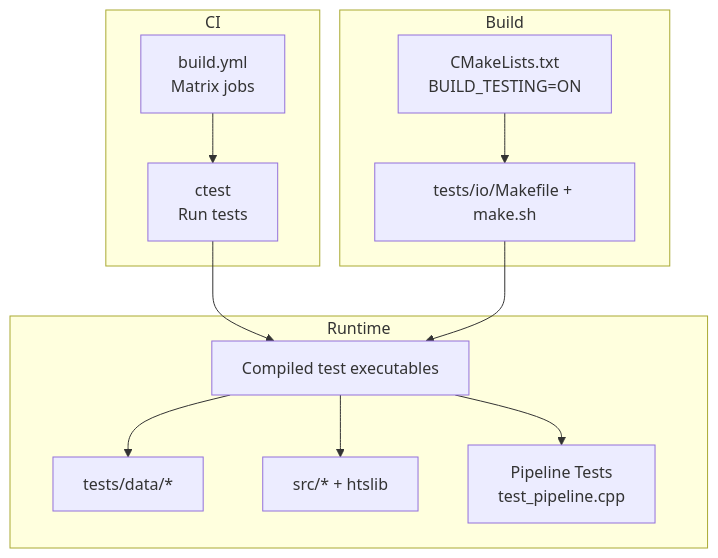
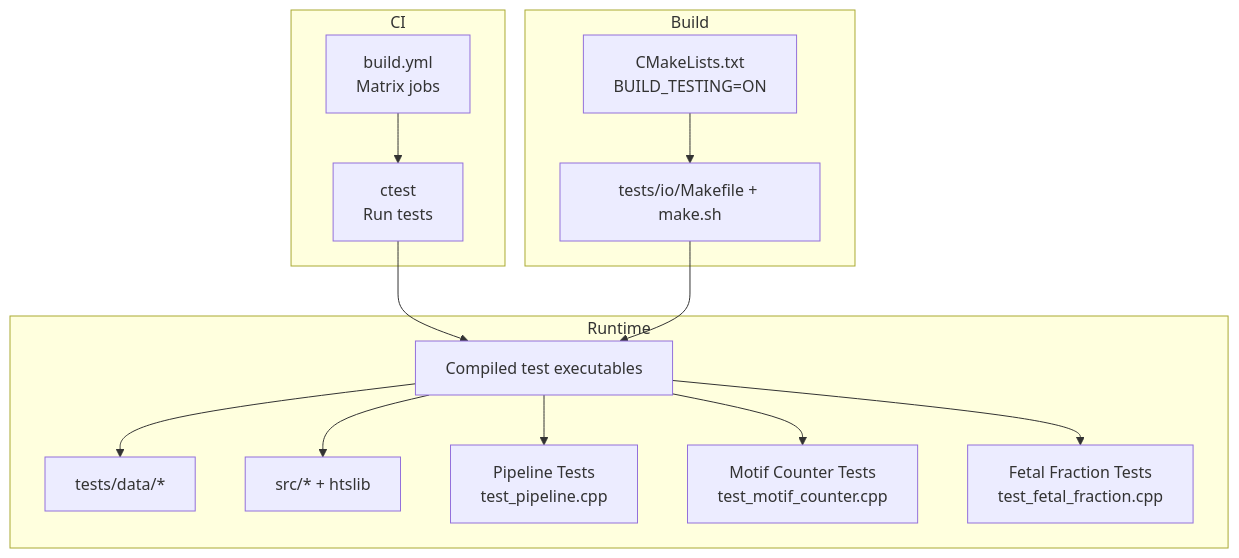
Before and after one commit to ShujiaHuang/BaseVar2: the second of 10 diagrams in .qoder/repowiki/en/content/Testing and Validation.md, drawn with Mermaid. The commit also changed other lines of this file and 3 other files, not shown here.

````diff
--- a/.qoder/repowiki/en/content/Testing and Validation.md
+++ b/.qoder/repowiki/en/content/Testing and Validation.md
@@ -129,16 +162,18 @@
 ```mermaid
 graph TB
 subgraph "CI"
 A["build.yml<br/>Matrix jobs"] --> B["ctest<br/>Run tests"]
 end
 subgraph "Build"
 C["CMakeLists.txt<br/>BUILD_TESTING=ON"] --> D["tests/io/Makefile + make.sh"]
 end
 subgraph "Runtime"
 E["Compiled test executables"] --> F["tests/data/*"]
 E --> G["src/* + htslib"]
 E --> H["Pipeline Tests<br/>test_pipeline.cpp"]
+E --> I["Motif Counter Tests<br/>test_motif_counter.cpp"]
+E --> J["Fetal Fraction Tests<br/>test_fetal_fraction.cpp"]
 end
 B --> E
 D --> E
 ```
````
